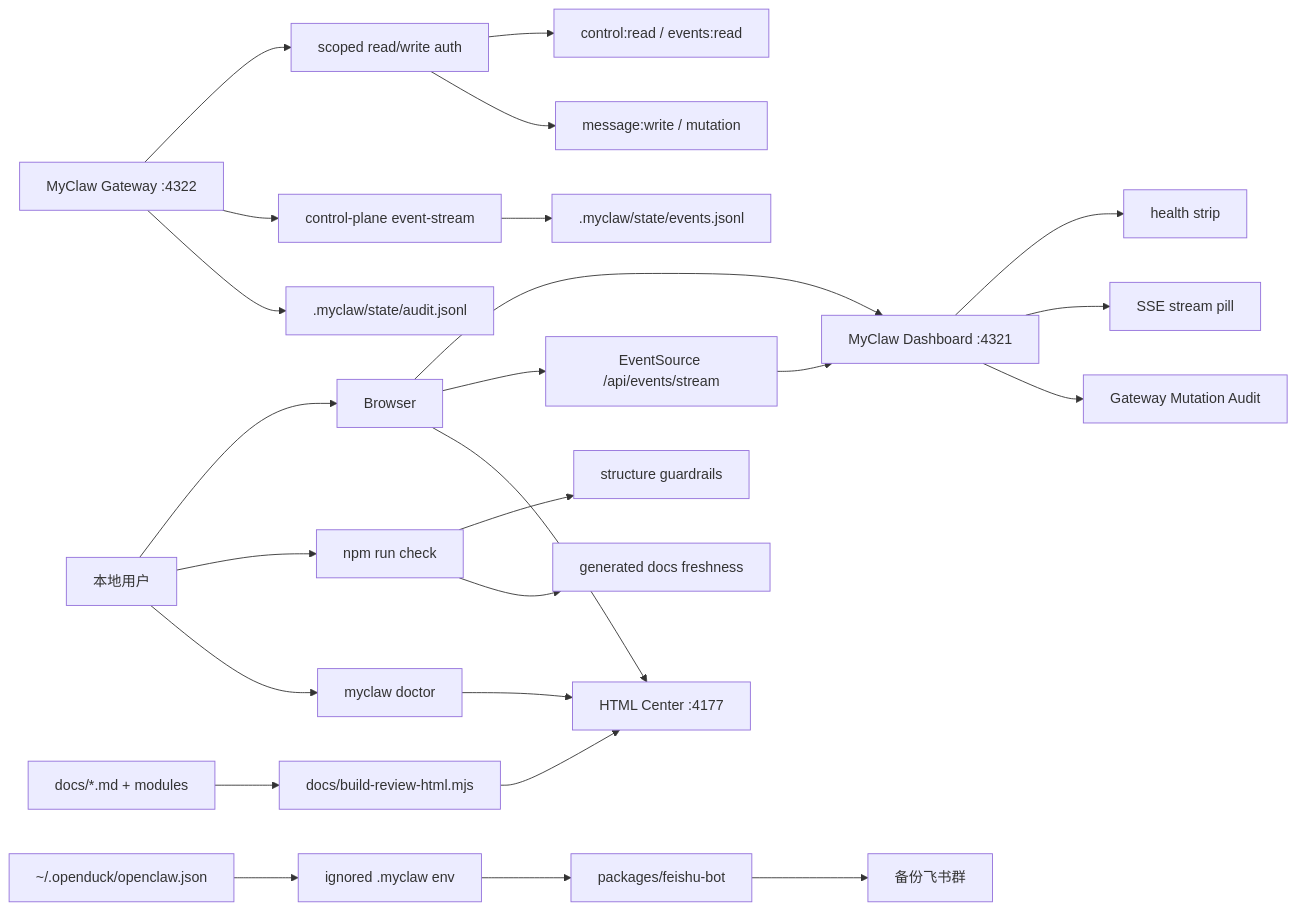
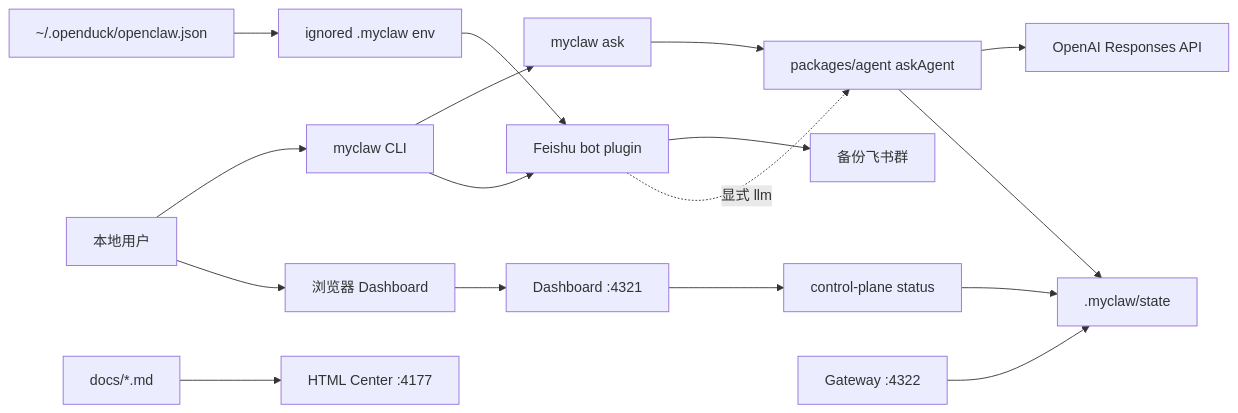
The second of 9 diagrams in docs/implementation-architecture.md (mayf3/myclaw), drawn with Mermaid before and after one commit. The commit also changed other lines of this file and 41 other files, not shown here.

````diff
--- a/docs/implementation-architecture.md
+++ b/docs/implementation-architecture.md
@@ -78,27 +47,19 @@
 ```mermaid
 flowchart LR
-  User[本地用户] --> Browser[Browser]
-  Browser --> Dashboard[MyClaw Dashboard :4321]
-  Dashboard --> Health[health strip]
-  Dashboard --> Stream[SSE stream pill]
-  Dashboard --> AuditView[Gateway Mutation Audit]
-  Browser --> EventSource[EventSource /api/events/stream]
-  EventSource --> Dashboard
-  Gateway[MyClaw Gateway :4322] --> ScopedAuth[scoped read/write auth]
-  ScopedAuth --> ReadPlane[control:read / events:read]
-  ScopedAuth --> WritePlane[message:write / mutation]
-  Gateway --> EventStream[control-plane event-stream]
-  EventStream --> EventsLog[.myclaw/state/events.jsonl]
-  Gateway[MyClaw Gateway :4322] --> AuditLog[.myclaw/state/audit.jsonl]
-  Browser --> HtmlCenter[HTML Center :4177]
-  User --> Check[npm run check]
-  Check --> Structure[structure guardrails]
-  Check --> Generated[generated docs freshness]
-  User --> Doctor[myclaw doctor]
-  Doctor --> HtmlCenter
-  Openduck[~/.openduck/openclaw.json] --> LocalEnv[ignored .myclaw env]
-  LocalEnv --> FeishuBot[packages/feishu-bot]
-  FeishuBot --> FeishuGroup[备份飞书群]
-  Docs[docs/*.md + modules] --> Builder[docs/build-review-html.mjs]
-  Builder --> HtmlCenter
+  User["本地用户"] --> CLI["myclaw CLI"]
+  User --> Browser["浏览器 Dashboard"]
+  CLI --> Ask["myclaw ask"]
+  Ask --> Agent["packages/agent askAgent"]
+  Agent --> LLM["OpenAI Responses API"]
+  Browser --> Dashboard["Dashboard :4321"]
+  Dashboard --> Control["control-plane status"]
+  CLI --> FeishuBot["Feishu bot plugin"]
+  FeishuBot --> FeishuGroup["备份飞书群"]
+  FeishuBot -.显式 llm.-> Agent
+  Gateway["Gateway :4322"] --> State[".myclaw/state"]
+  Control --> State
+  Agent --> State
+  Docs["docs/*.md"] --> HtmlCenter["HTML Center :4177"]
+  Openduck["~/.openduck/openclaw.json"] --> LocalEnv["ignored .myclaw env"]
+  LocalEnv --> FeishuBot
 ```
````
